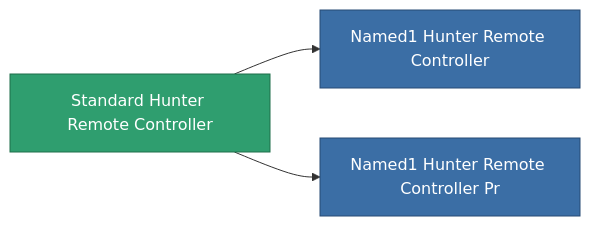
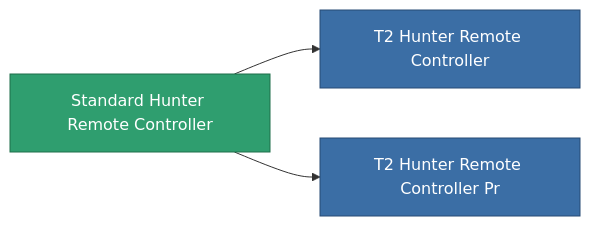
Before and after one commit to OpenPerpetuum/Wiki: the diagram in content/content/items/standard_hunter_remote_controller.md, drawn with Mermaid. The commit also changed other lines of this file and 4904 other files, not shown here.

````diff
--- a/content/content/items/standard_hunter_remote_controller.md
+++ b/content/content/items/standard_hunter_remote_controller.md
@@ -62,13 +50,13 @@
 ```mermaid
 graph LR
     a["Standard Hunter Remote Controller"]:::current
-    b["Named1 Hunter Remote Controller"]:::prod
+    b["T2 Hunter Remote Controller"]:::prod
     a --> b
-    click b "/content/items/named1-hunter-remote-controller/" "Named1 Hunter Remote Controller"
-    c["Named1 Hunter Remote Controller Pr"]:::prod
+    click b "/content/items/named1-hunter-remote-controller/" "T2 Hunter Remote Controller"
+    c["T2 Hunter Remote Controller Pr"]:::prod
     a --> c
-    click c "/content/items/named1-hunter-remote-controller-pr/" "Named1 Hunter Remote Controller Pr"
+    click c "/content/items/named1-hunter-remote-controller-pr/" "T2 Hunter Remote Controller Pr"
     classDef current fill:#2f9e6f,stroke:#1f6f4a,color:#ffffff
     classDef prod fill:#3b6ea5,stroke:#274a75,color:#ffffff
     classDef more fill:#39445a,stroke:#54658a,color:#d5dbe8
 ```
````
